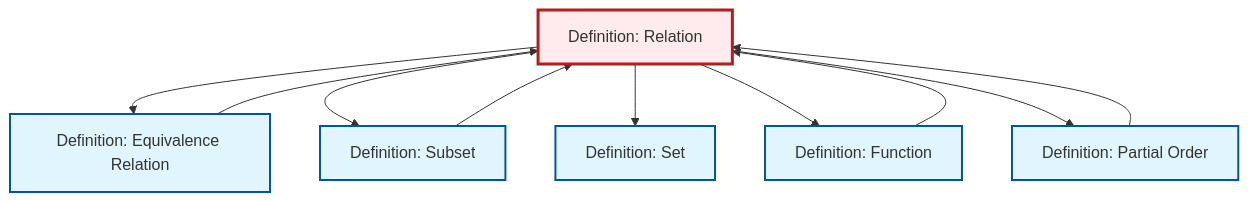
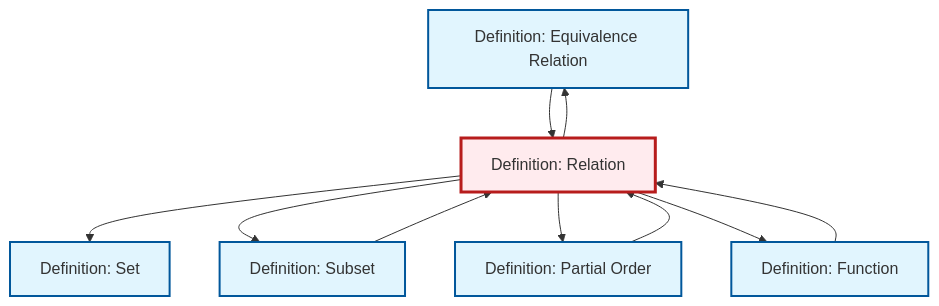
Before and after one commit to RK0429/ModernMath: the diagram in content/ja/logic-set-theory/def-relation.qmd, drawn with Mermaid. The commit also changed other lines of this file and 634 other files, not shown here.

````diff
--- a/content/ja/logic-set-theory/def-relation.qmd
+++ b/content/ja/logic-set-theory/def-relation.qmd
@@ -91,30 +91,30 @@
 ```{mermaid}
 %%| fig-cap: "Local dependency graph"
 graph TD
     classDef definition fill:#e1f5fe,stroke:#01579b,stroke-width:2px
     classDef theorem fill:#f3e5f5,stroke:#4a148c,stroke-width:2px
     classDef axiom fill:#fff3e0,stroke:#e65100,stroke-width:2px
     classDef example fill:#e8f5e9,stroke:#1b5e20,stroke-width:2px
     classDef current fill:#ffebee,stroke:#b71c1c,stroke-width:3px
+    def-equivalence-relation["Definition: Equivalence Relation"]:::definition
+    def-partial-order["Definition: Partial Order"]:::definition
+    def-subset["Definition: Subset"]:::definition
+    def-function["Definition: Function"]:::definition
     def-relation["Definition: Relation"]:::definition
     def-set["Definition: Set"]:::definition
-    def-partial-order["Definition: Partial Order"]:::definition
-    def-equivalence-relation["Definition: Equivalence Relation"]:::definition
-    def-subset["Definition: Subset"]:::definition
-    def-function["Definition: Function"]:::definition
+    def-relation --> def-set
+    def-subset --> def-relation
+    def-relation --> def-subset
     def-relation --> def-equivalence-relation
-    def-relation --> def-subset
-    def-relation --> def-set
+    def-function --> def-relation
+    def-relation --> def-partial-order
+    def-relation --> def-function
     def-partial-order --> def-relation
     def-equivalence-relation --> def-relation
-    def-subset --> def-relation
-    def-relation --> def-function
-    def-relation --> def-partial-order
-    def-function --> def-relation
     class def-relation current
-    click def-set "def-set.html" "Definition: Setへ"
+    click def-equivalence-relation "def-equivalence-relation.html" "Definition: Equivalence Relationへ"
     click def-partial-order "def-partial-order.html" "Definition: Partial Orderへ"
-    click def-equivalence-relation "def-equivalence-relation.html" "Definition: Equivalence Relationへ"
     click def-subset "def-subset.html" "Definition: Subsetへ"
     click def-function "def-function.html" "Definition: Functionへ"
+    click def-set "def-set.html" "Definition: Setへ"
 ```
````
